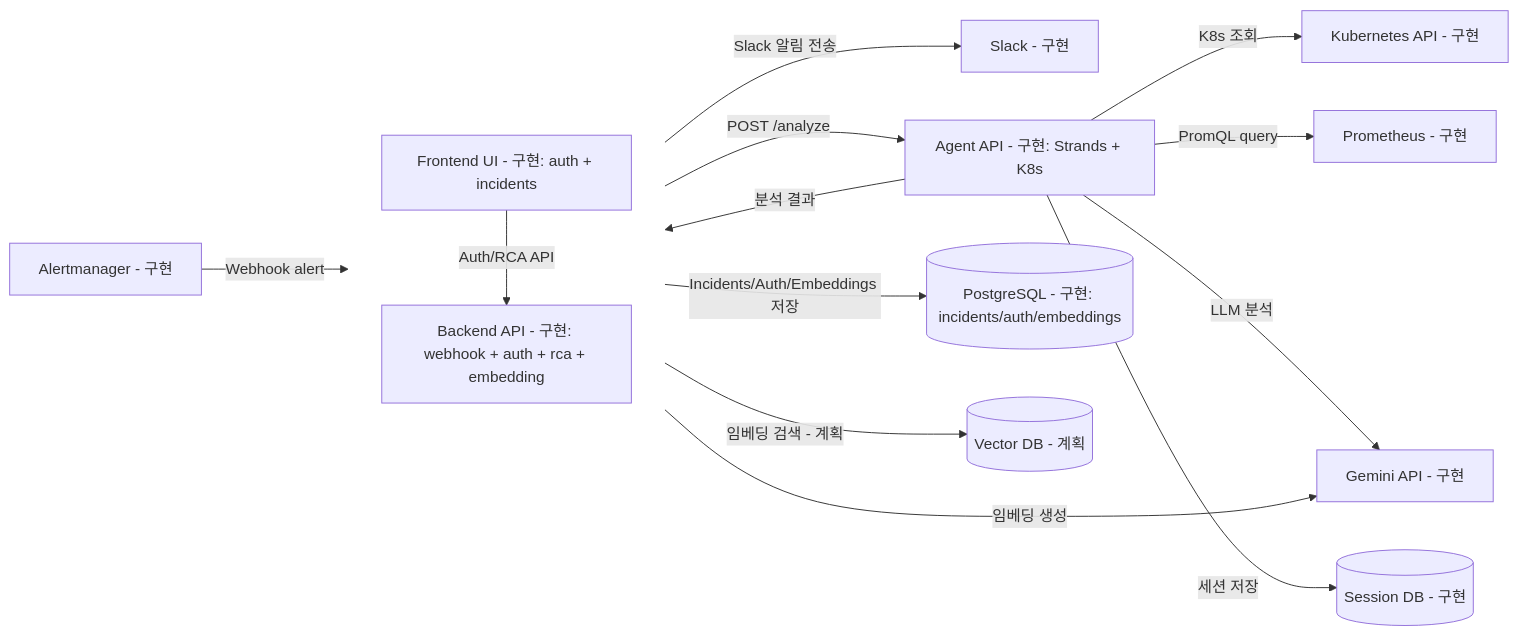
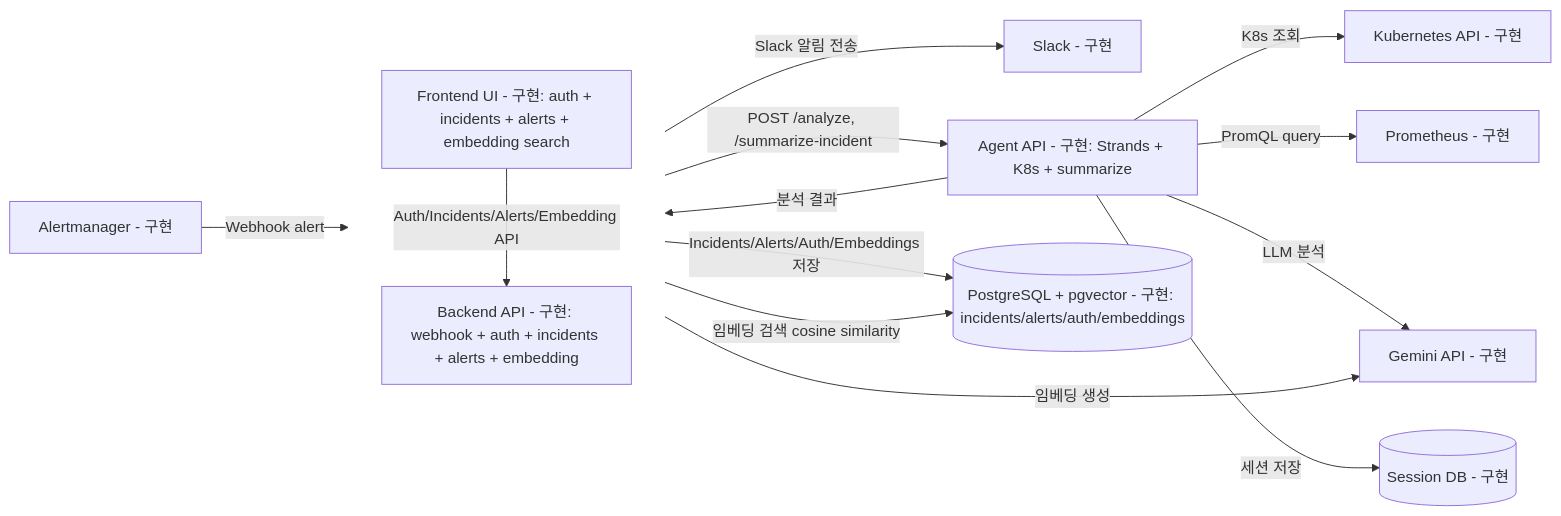
The diagram in docs/diagrams/system_context_diagram.md (kube-rca/kuberca), drawn with Mermaid before and after one commit. The commit also changed 3 other files, not shown here.

First line of the commit message:
docs: update architecture diagrams for Alert-Incident relationship and embedding search

````diff
--- a/docs/diagrams/system_context_diagram.md
+++ b/docs/diagrams/system_context_diagram.md
@@ -1,38 +1,37 @@
 ```mermaid
 flowchart LR
   %% External
   AM[Alertmanager - 구현]
   SL[Slack - 구현]
   LLM[Gemini API - 구현]
   PR[Prometheus - 구현]
   K8S[Kubernetes API - 구현]
 
   %% Internal
   subgraph Core[" "]
     direction TB
-    FE[Frontend UI - 구현: auth + incidents]
-    BE[Backend API - 구현: webhook + auth + rca + embedding]
+    FE[Frontend UI - 구현: auth + incidents + alerts + embedding search]
+    BE[Backend API - 구현: webhook + auth + incidents + alerts + embedding]
   end
   style Core fill:transparent,stroke:transparent
 
-  AG[Agent API - 구현: Strands + K8s]
-  PG[(PostgreSQL - 구현: incidents/auth/embeddings)]
+  AG[Agent API - 구현: Strands + K8s + summarize]
+  PG[(PostgreSQL + pgvector - 구현: incidents/alerts/auth/embeddings)]
   SDB[(Session DB - 구현)]
-  VDB[(Vector DB - 계획)]
 
   AM -->|Webhook alert| BE
   BE -->|Slack 알림 전송| SL
 
-  FE -->|Auth/RCA API| BE
-  BE -->|POST /analyze| AG
+  FE -->|Auth/Incidents/Alerts/Embedding API| BE
+  BE -->|POST /analyze, /summarize-incident| AG
   AG -->|분석 결과| BE
 
   AG -->|K8s 조회| K8S
   AG -->|PromQL query| PR
   AG -->|LLM 분석| LLM
   BE -->|임베딩 생성| LLM
 
-  BE -->|Incidents/Auth/Embeddings 저장| PG
+  BE -->|Incidents/Alerts/Auth/Embeddings 저장| PG
+  BE -->|임베딩 검색 cosine similarity| PG
   AG -->|세션 저장| SDB
-  BE -->|임베딩 검색 - 계획| VDB
 ```
````
